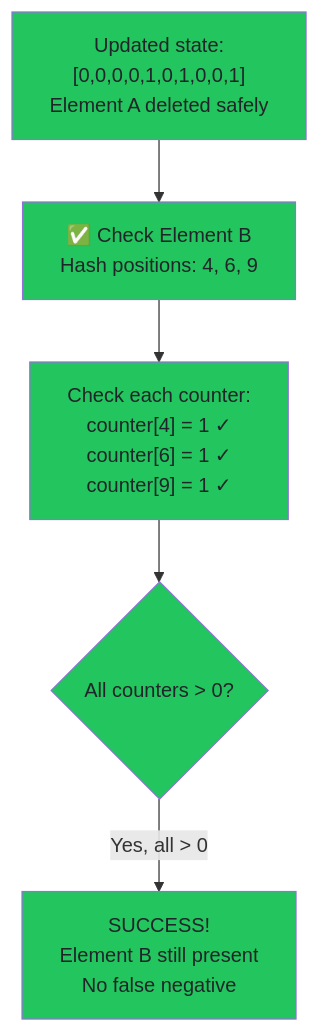
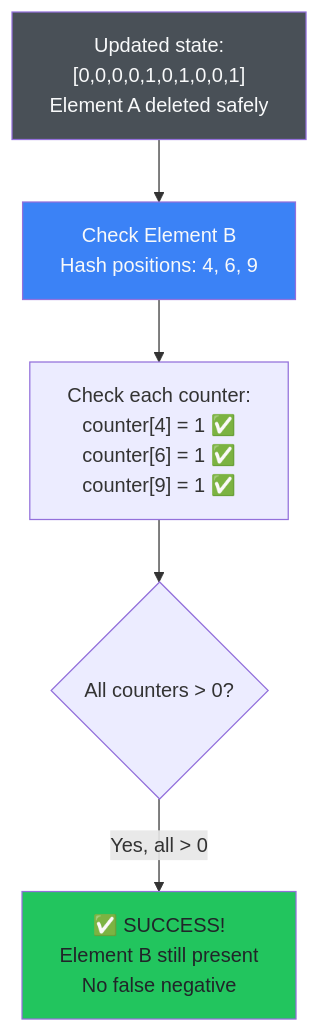
Before and after one commit to AxelUser/maltsev.space: the sixth of 7 diagrams in src/posts/009-counting-bloom-filters/index.md, drawn with Mermaid. The commit also changed other lines of this file and 1 other file, not shown here.

Commit message:
refactor: diagrams

````diff
--- a/src/posts/009-counting-bloom-filters/index.md
+++ b/src/posts/009-counting-bloom-filters/index.md
@@ -214,16 +187,14 @@
 ```mermaid
 graph TD
-    A["Updated state:<br/>[0,0,0,0,1,0,1,0,0,1]<br/>Element A deleted safely"] --> B["✅ Check Element B<br/>Hash positions: 4, 6, 9"]
+    A["Updated state:<br/>[0,0,0,0,1,0,1,0,0,1]<br/>Element A deleted safely"] --> B["Check Element B<br/>Hash positions: 4, 6, 9"]
     
-    B --> C["Check each counter:<br/>counter[4] = 1 ✓<br/>counter[6] = 1 ✓<br/>counter[9] = 1 ✓"]
+    B --> C["Check each counter:<br/>counter[4] = 1 ✅<br/>counter[6] = 1 ✅<br/>counter[9] = 1 ✅"]
     
     C --> D{"All counters > 0?"}
     
-    D -->|"Yes, all > 0"| E["SUCCESS!<br/>Element B still present<br/>No false negative"]
+    D -->|"Yes, all > 0"| E["✅ SUCCESS!<br/>Element B still present<br/>No false negative"]
     
-    style A fill:#22c55e,color:#212529
-    style B fill:#22c55e,color:#212529
-    style C fill:#22c55e,color:#212529
-    style D fill:#22c55e,color:#212529
+    style A fill:#495057,color:#f8f9fa
+    style B fill:#3b82f6,color:#f8f9fa
     style E fill:#22c55e,color:#212529
 ```
````
